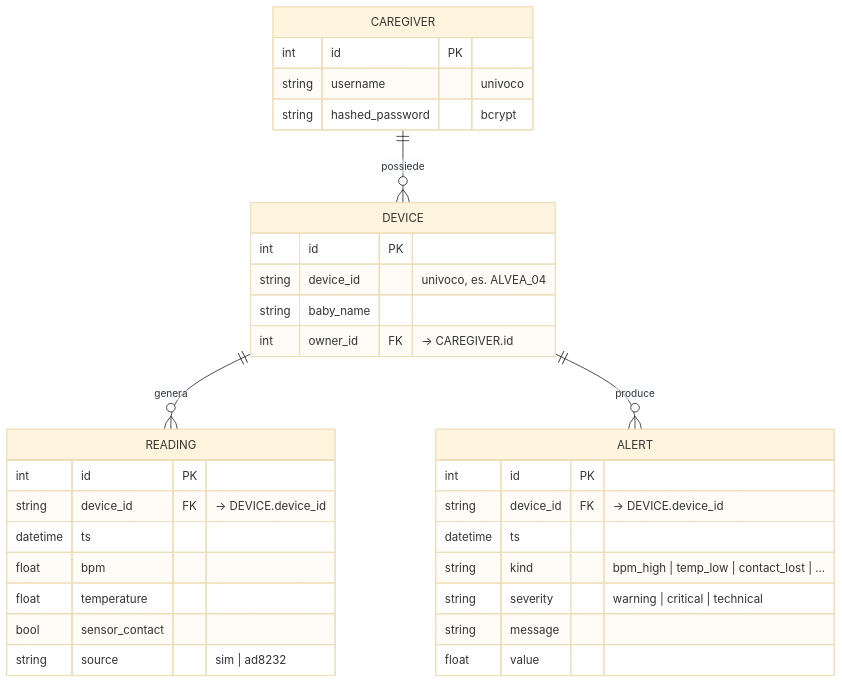
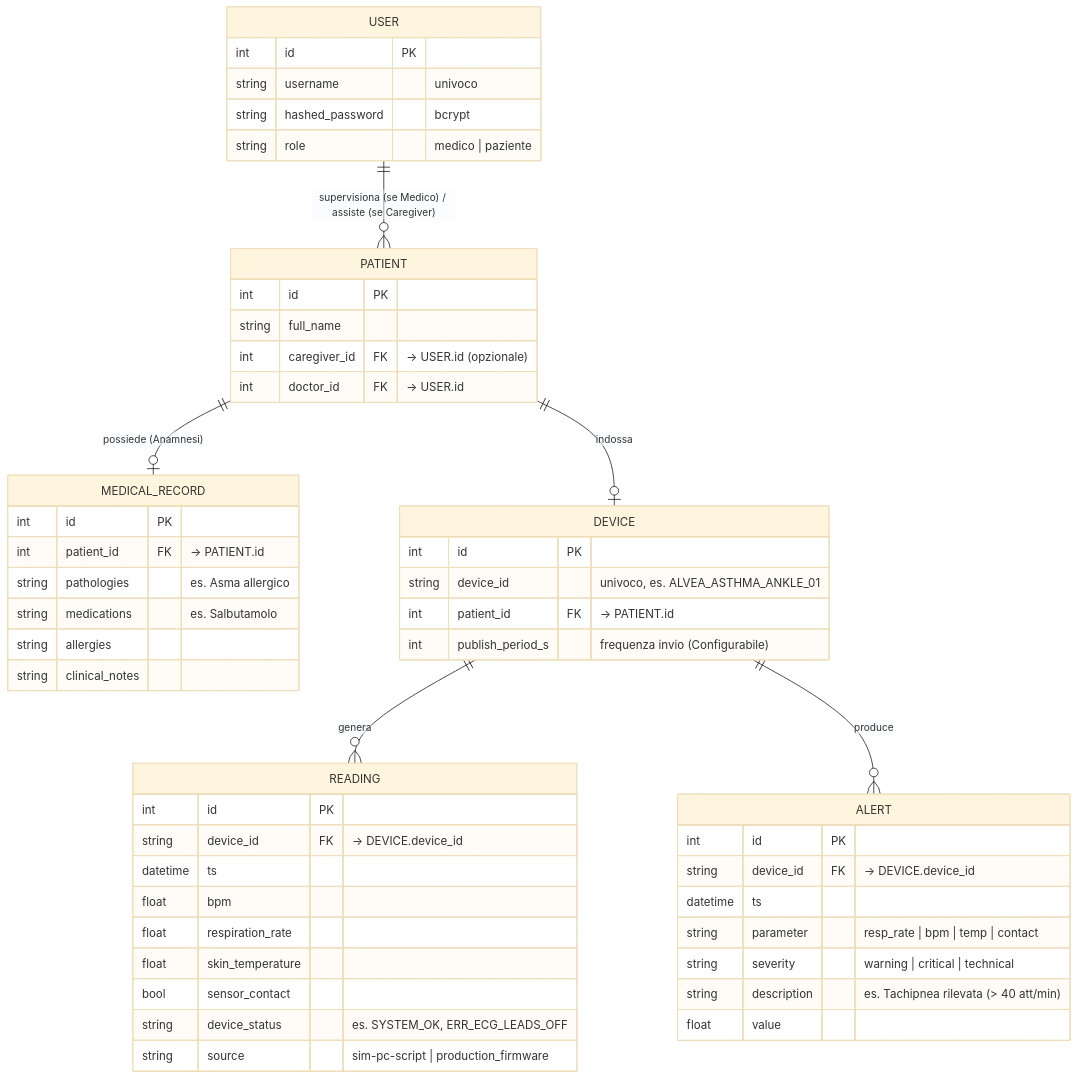
The diagram in docs/03-er-schema.md (acrisci05/Alvea), drawn with Mermaid (base theme) before and after one commit. The commit also changed 6 other files, not shown here.

Commit message:
Aggiornato: documentazione completa - requisiti, use case, ER, sequenza, architettura, sicurezza, relazione LaTeX

````diff
--- a/docs/03-er-schema.md
+++ b/docs/03-er-schema.md
@@ -5,36 +5,55 @@
 ```mermaid
 erDiagram
-    CAREGIVER ||--o{ DEVICE : possiede
-    DEVICE   ||--o{ READING : genera
-    DEVICE   ||--o{ ALERT   : produce
+    USER ||--o{ PATIENT : "supervisiona (se Medico) / assiste (se Caregiver)"
+    PATIENT ||--o| MEDICAL_RECORD : "possiede (Anamnesi)"
+    PATIENT ||--o| DEVICE : "indossa"
+    DEVICE  ||--o{ READING : "genera"
+    DEVICE  ||--o{ ALERT   : "produce"
 
-    CAREGIVER {
+    USER {
         int    id PK
         string username "univoco"
         string hashed_password "bcrypt"
+        string role "medico | paziente"
+    }
+    PATIENT {
+        int    id PK
+        string full_name
+        int    caregiver_id FK "-> USER.id (opzionale)"
+        int    doctor_id FK "-> USER.id"
+    }
+    MEDICAL_RECORD {
+        int    id PK
+        int    patient_id FK "-> PATIENT.id"
+        string pathologies "es. Asma allergico"
+        string medications "es. Salbutamolo"
+        string allergies
+        string clinical_notes
     }
     DEVICE {
         int    id PK
-        string device_id "univoco, es. ALVEA_04"
-        string baby_name
-        int    owner_id FK "-> CAREGIVER.id"
+        string device_id "univoco, es. ALVEA_ASTHMA_ANKLE_01"
+        int    patient_id FK "-> PATIENT.id"
+        int    publish_period_s "frequenza invio (Configurabile)"
     }
     READING {
         int      id PK
         string   device_id FK "-> DEVICE.device_id"
         datetime ts
         float    bpm
-        float    temperature
+        float    respiration_rate
+        float    skin_temperature
         bool     sensor_contact
-        string   source "sim | ad8232"
+        string   device_status "es. SYSTEM_OK, ERR_ECG_LEADS_OFF"
+        string   source "sim-pc-script | production_firmware"
     }
     ALERT {
         int      id PK
         string   device_id FK "-> DEVICE.device_id"
         datetime ts
-        string   kind "bpm_high | temp_low | contact_lost | ..."
+        string   parameter "resp_rate | bpm | temp | contact"
         string   severity "warning | critical | technical"
-        string   message
+        string   description "es. Tachipnea rilevata (> 40 att/min)"
         float    value
     }
 ```
````
